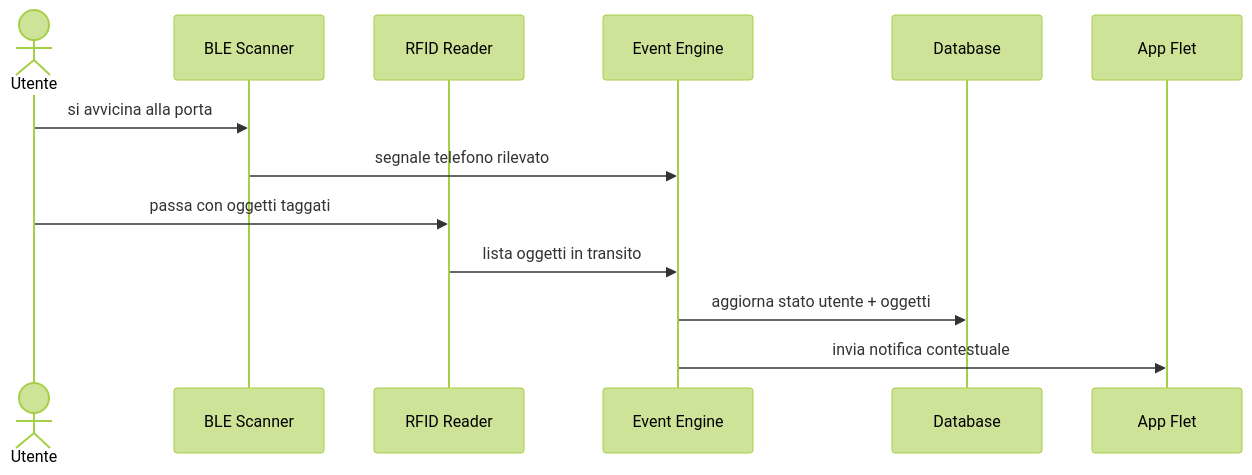
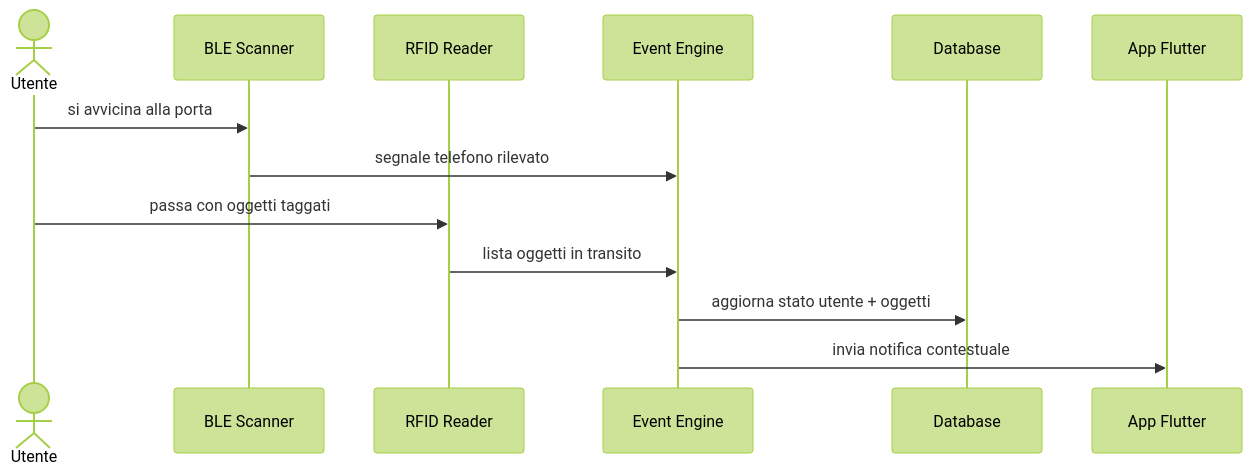
One commit to ScalabrinSimone/GateKeeper changed the second of 2 diagrams in docs/panoramica/architettura.md. Above: the diagram before and after it, drawn with Mermaid (forest theme). The commit also changed other lines of this file and 8 other files, not shown here.

````diff
--- a/docs/panoramica/architettura.md
+++ b/docs/panoramica/architettura.md
@@ -38,16 +38,16 @@
 ```mermaid
 sequenceDiagram
     actor U as Utente
     participant BLE as BLE Scanner
     participant RFID as RFID Reader
     participant EE as Event Engine
     participant DB as Database
-    participant APP as App Flet
+    participant APP as App Flutter
 
     U->>BLE: si avvicina alla porta
     BLE->>EE: segnale telefono rilevato
     U->>RFID: passa con oggetti taggati
     RFID->>EE: lista oggetti in transito
     EE->>DB: aggiorna stato utente + oggetti
     EE->>APP: invia notifica contestuale
 ```
````
